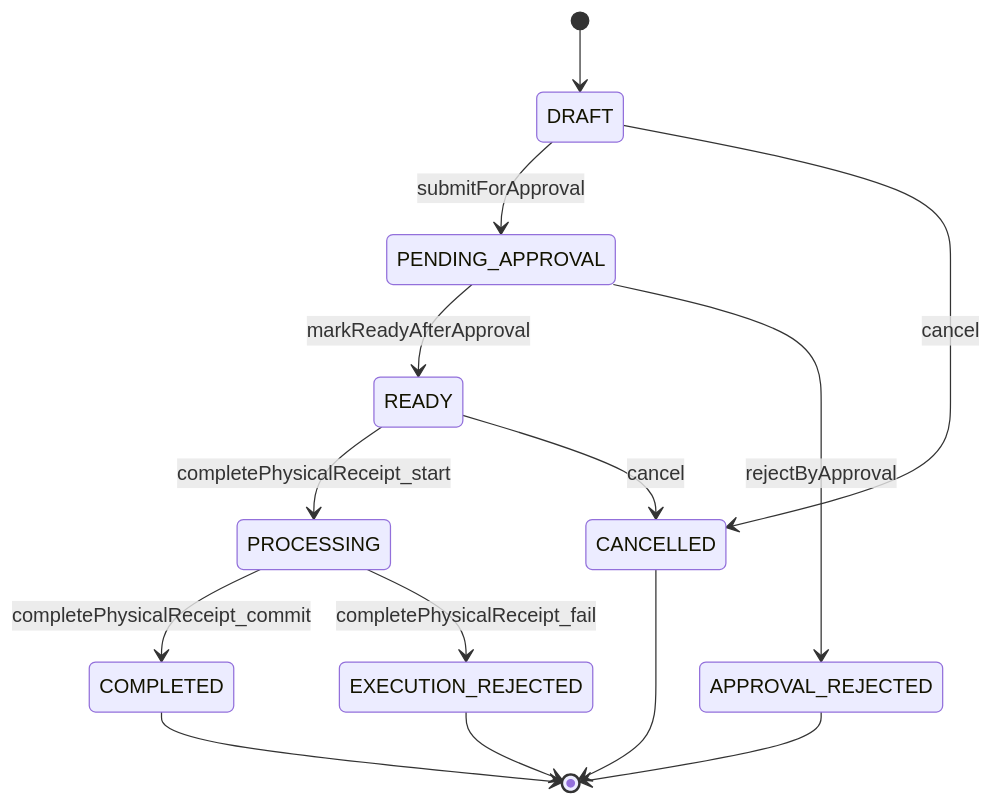
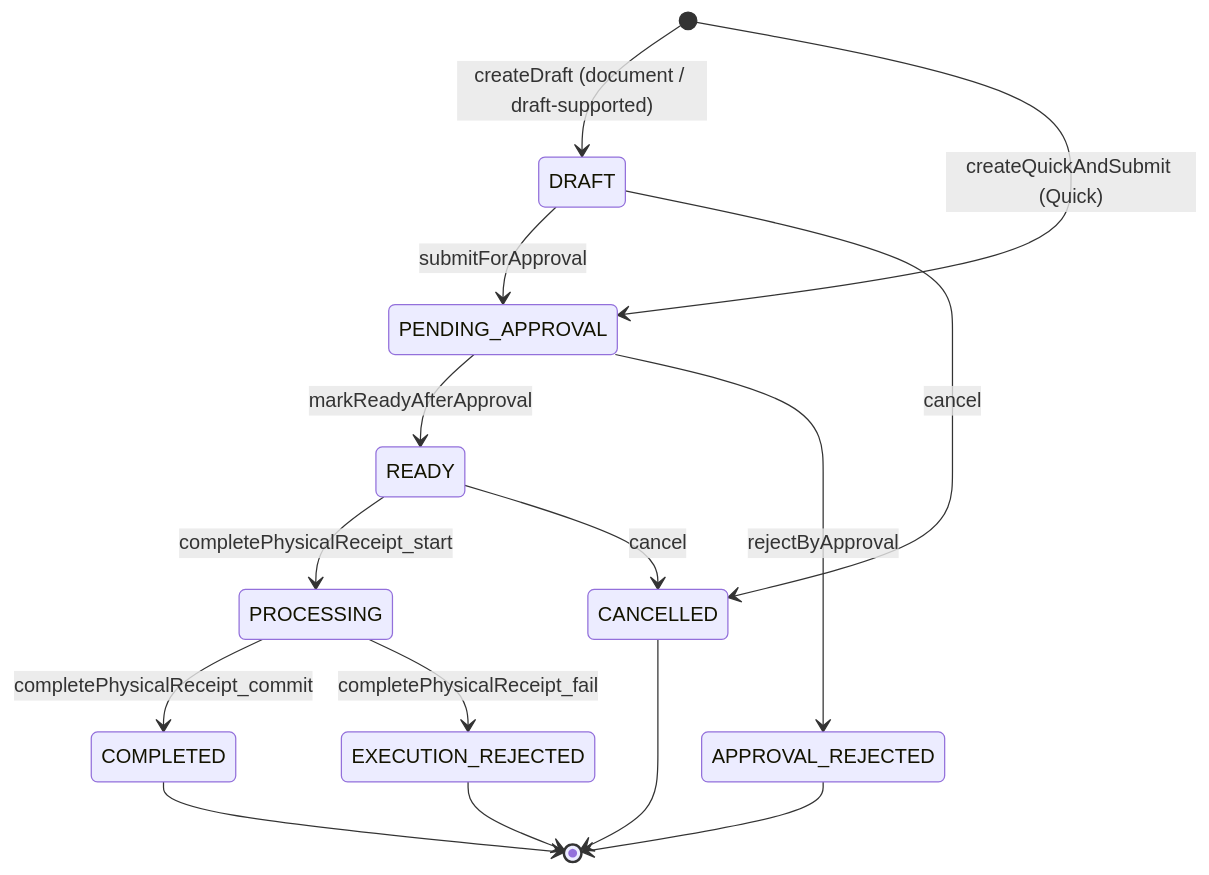
Before and after one commit to DsChien102/erp-sales-inventory: the second of 2 diagrams in specs/themes/theme-07/02.specification/domain/entities/ENT-IO-01-GoodsReceipt.md, drawn with Mermaid. The commit also changed other lines of this file and 77 other files, not shown here.

````diff
--- a/specs/themes/theme-07/02.specification/domain/entities/ENT-IO-01-GoodsReceipt.md
+++ b/specs/themes/theme-07/02.specification/domain/entities/ENT-IO-01-GoodsReceipt.md
@@ -106,16 +107,17 @@
 ```mermaid
 stateDiagram-v2
-    [*] --> DRAFT
+    [*] --> DRAFT: createDraft (document / draft-supported)
+    [*] --> PENDING_APPROVAL: createQuickAndSubmit (Quick)
     DRAFT --> PENDING_APPROVAL: submitForApproval
     DRAFT --> CANCELLED: cancel
     PENDING_APPROVAL --> READY: markReadyAfterApproval
     PENDING_APPROVAL --> APPROVAL_REJECTED: rejectByApproval
     READY --> PROCESSING: completePhysicalReceipt_start
     PROCESSING --> COMPLETED: completePhysicalReceipt_commit
     PROCESSING --> EXECUTION_REJECTED: completePhysicalReceipt_fail
     READY --> CANCELLED: cancel
     COMPLETED --> [*]
     APPROVAL_REJECTED --> [*]
     EXECUTION_REJECTED --> [*]
     CANCELLED --> [*]
 ```
````
